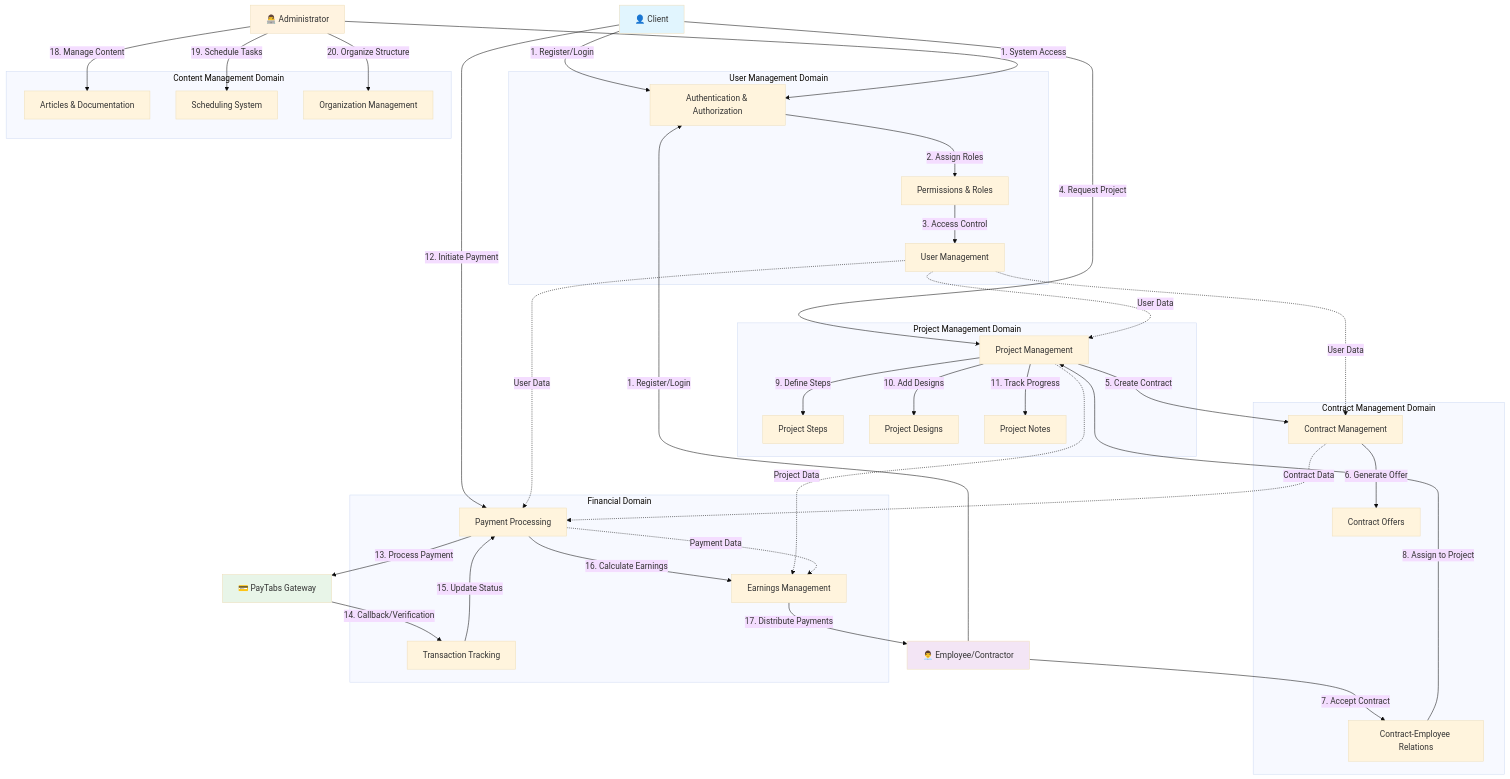
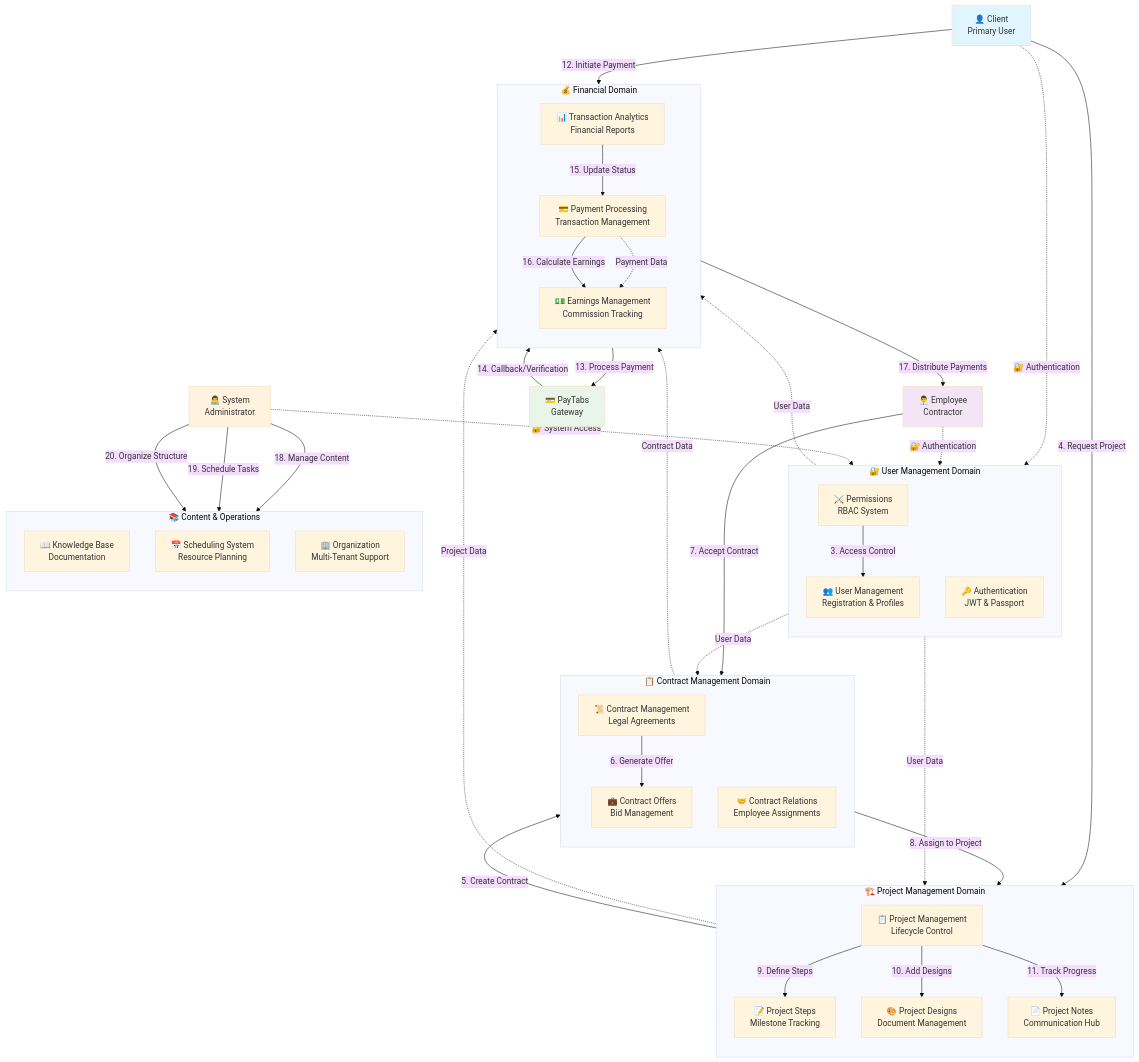
One commit to abdoElHodaky/Nestcms changed the first of 5 diagrams in docs/diagrams/business-architecture.md. Above: the diagram before and after it, drawn with Mermaid (base theme). The commit also changed other lines of this file and 1 other file, not shown here.

Commit message:
✨ Enhance README and diagrams with Golden Ratio design principles
🎯 Golden Ratio Implementation (φ ≈ 1.618):
- Enhanced header layout with φ proportions (324px:200px logos)
- Redesigned badge hierarchy (61.8% primary, 38.2% secondary)
- Applied golden ratio typography and spacing throughout

📊 Eye-catching Diagram Enhancements:
- PayTabs Integration Flow: Golden spiral flow pattern with φ node sizing
- Database Aggregation: φ distributed load visualization with enhanced colors
- Security Architecture: Multi-layered defense with golden ratio emphasis
- NEW: Complete System Overview with comprehensive φ-based architecture

🎨 Visual Improvements:
- Professional color schemes following 61.8%/38.2% distribution
- Enhanced stroke widths and visual hierarchy
- Improved readability with golden ratio spacing
- Added detailed descriptions and technical specifications

🏗️ Construction Management Focus:
- Maintained all technical accuracy while enhancing visual appeal
- Added comprehensive system overview for better understanding
- Enhanced business architecture documentation

````diff
--- a/docs/diagrams/business-architecture.md
+++ b/docs/diagrams/business-architecture.md
@@ -5,49 +15,53 @@
 ```mermaid
 graph TB
-    %% External Actors
-    Client[👤 Client]
-    Employee[👨‍💼 Employee/Contractor]
-    Admin[👨‍💻 Administrator]
-    PayTabs[💳 PayTabs Gateway]
+    %% Golden Ratio Color Scheme: Primary (61.8%) + Accent (38.2%)
+    %% External Actors - Golden Spiral Positioning
+    Client[👤 Client<br/>Primary User]
+    Employee[👨‍💼 Employee<br/>Contractor]
+    Admin[👨‍💻 System<br/>Administrator]
+    PayTabs[💳 PayTabs<br/>Gateway]
     
-    %% Core Business Domains
-    subgraph "User Management Domain"
-        UM[User Management]
-        Auth[Authentication & Authorization]
-        Perms[Permissions & Roles]
+    %% Core Business Domains - φ Proportioned Layout
+    subgraph "🔐 User Management Domain"
+        direction TB
+        UM[👥 User Management<br/>Registration & Profiles]
+        Auth[🔑 Authentication<br/>JWT & Passport]
+        Perms[⚔️ Permissions<br/>RBAC System]
     end
     
-    subgraph "Project Management Domain"
-        PM[Project Management]
-        PS[Project Steps]
-        PD[Project Designs]
-        PN[Project Notes]
+    subgraph "🏗️ Project Management Domain"
+        direction TB
+        PM[📋 Project Management<br/>Lifecycle Control]
+        PS[📝 Project Steps<br/>Milestone Tracking]
+        PD[🎨 Project Designs<br/>Document Management]
+        PN[📄 Project Notes<br/>Communication Hub]
     end
     
-    subgraph "Contract Management Domain"
-        CM[Contract Management]
-        CO[Contract Offers]
-        CE[Contract-Employee Relations]
+    subgraph "📋 Contract Management Domain"
+        direction TB
+        CM[📜 Contract Management<br/>Legal Agreements]
+        CO[💼 Contract Offers<br/>Bid Management]
+        CE[🤝 Contract Relations<br/>Employee Assignments]
     end
     
-    subgraph "Financial Domain"
-        Pay[Payment Processing]
-        Earn[Earnings Management]
-        Trans[Transaction Tracking]
+    subgraph "💰 Financial Domain"
+        direction TB
+        Pay[💳 Payment Processing<br/>Transaction Management]
+        Earn[💵 Earnings Management<br/>Commission Tracking]
+        Trans[📊 Transaction Analytics<br/>Financial Reports]
     end
     
-    subgraph "Content Management Domain"
-        Art[Articles & Documentation]
-        Sched[Scheduling System]
-        Org[Organization Management]
+    subgraph "📚 Content & Operations"
+        direction TB
+        Art[📖 Knowledge Base<br/>Documentation]
+        Sched[📅 Scheduling System<br/>Resource Planning]
+        Org[🏢 Organization<br/>Multi-Tenant Support]
     end
     
-    %% Business Process Flows
-    Client -->|1. Register/Login| Auth
-    Employee -->|1. Register/Login| Auth
-    Admin -->|1. System Access| Auth
-    
-    Auth -->|2. Assign Roles| Perms
+    %% Golden Ratio Flow Connections - Primary Flows (61.8%)
+    Client -.->|🔐 Authentication| Auth
+    Employee -.->|🔐 Authentication| Auth
+    Admin -.->|🔐 System Access| Auth
     Perms -->|3. Access Control| UM
     
     Client -->|4. Request Project| PM
````
